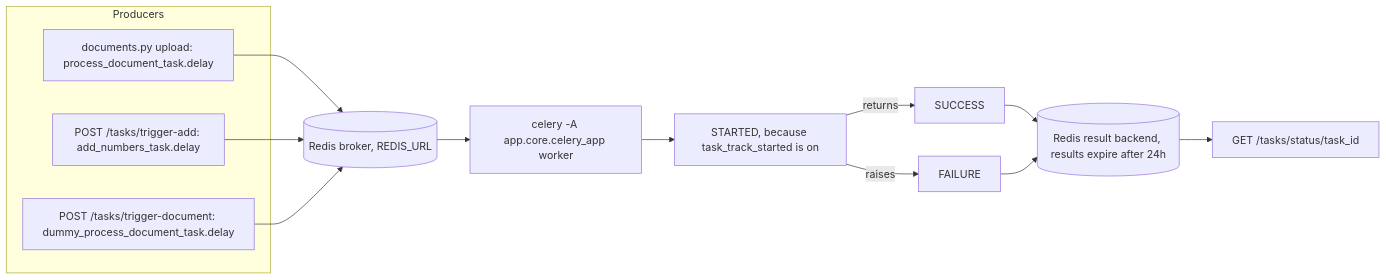
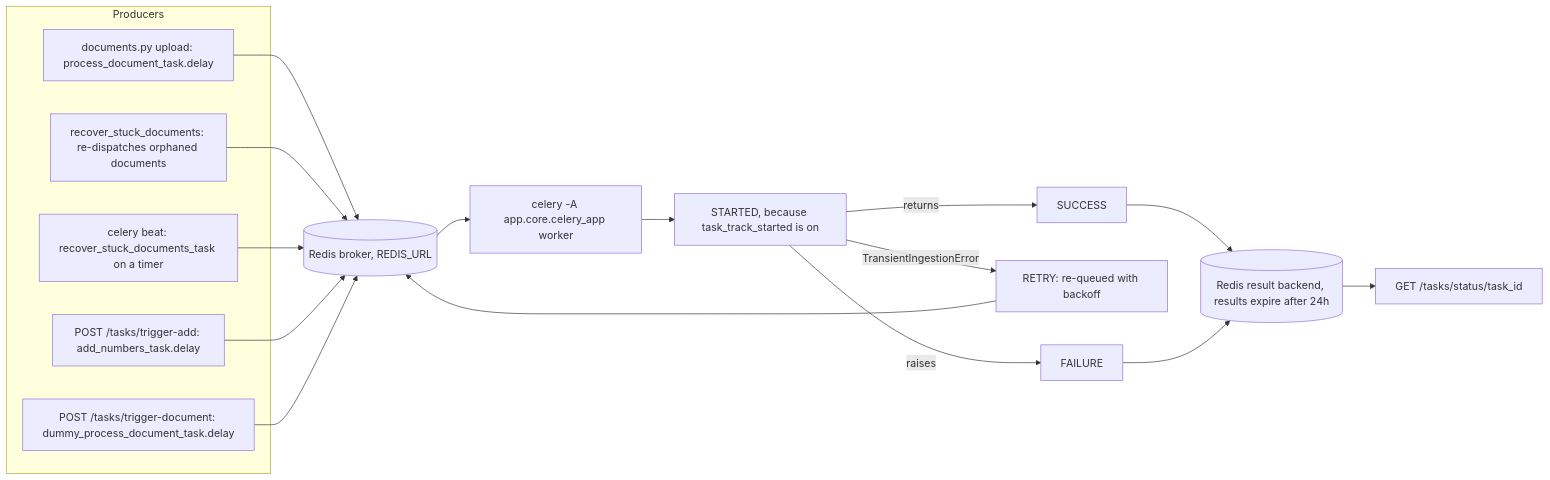
The sixth of 15 diagrams in docs/ARCHITECTURE.md (dhanoliya-ji/DOCMINDS), drawn with Mermaid before and after one commit. The commit also changed other lines of this file and 35 other files, not shown here.

````diff
--- a/docs/ARCHITECTURE.md
+++ b/docs/ARCHITECTURE.md
@@ -257,18 +345,24 @@
 ```mermaid
 flowchart LR
     subgraph PRODUCERS["Producers"]
         UPL["documents.py upload: process_document_task.delay"]
+        SWEEP["recover_stuck_documents: re-dispatches orphaned documents"]
+        BEAT["celery beat: recover_stuck_documents_task on a timer"]
         ADD["POST /tasks/trigger-add: add_numbers_task.delay"]
         DUMMY["POST /tasks/trigger-document: dummy_process_document_task.delay"]
     end
     UPL --> BROKER[("Redis broker, REDIS_URL")]
+    SWEEP --> BROKER
+    BEAT --> BROKER
     ADD --> BROKER
     DUMMY --> BROKER
     BROKER --> W["celery -A app.core.celery_app worker"]
     W --> STARTED["STARTED, because task_track_started is on"]
     STARTED -->|"returns"| SUCCESS["SUCCESS"]
+    STARTED -->|"TransientIngestionError"| RETRYS["RETRY: re-queued with backoff"]
+    RETRYS --> BROKER
     STARTED -->|"raises"| FAILURE["FAILURE"]
     SUCCESS --> RESULTS[("Redis result backend, results expire after 24h")]
     FAILURE --> RESULTS
     RESULTS --> STATUS["GET /tasks/status/task_id"]
 ```
````
